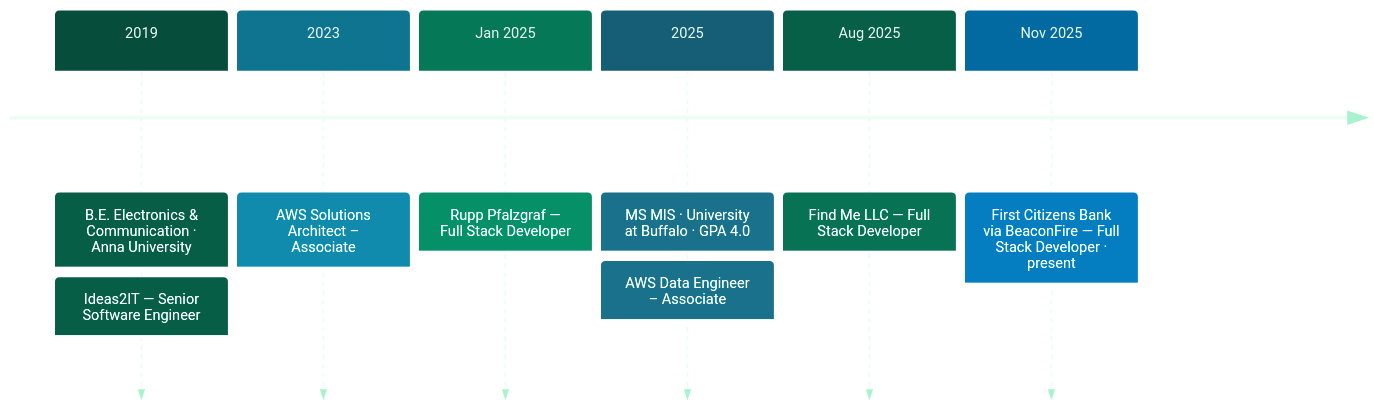
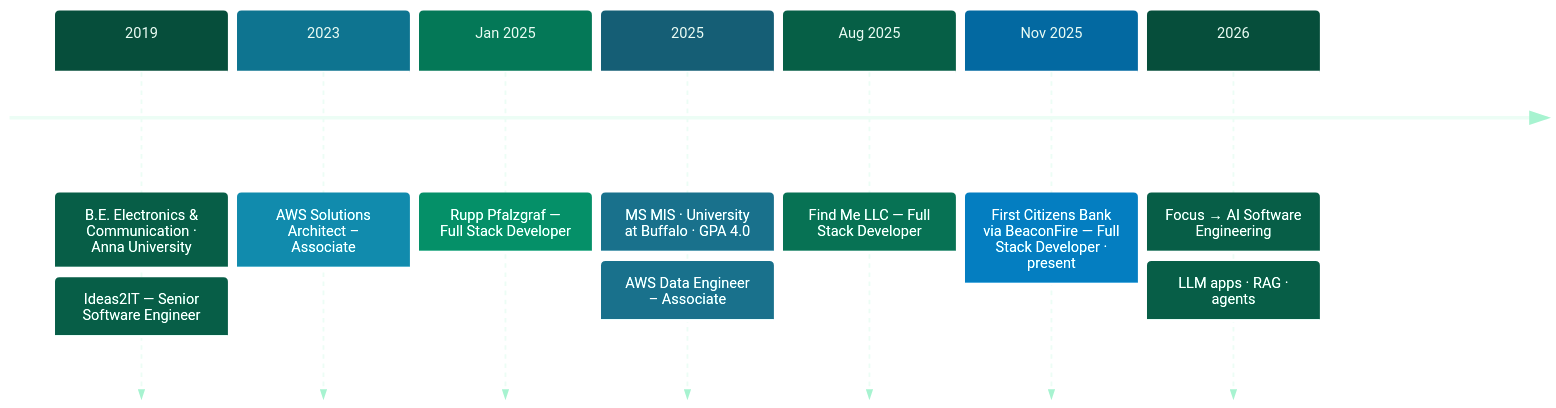
The fourth of 10 diagrams in README.md (vishnu-ing/vishnu-ing), drawn with Mermaid before and after one commit. The commit also changed other lines of this file, not shown here.

Commit message:
Position profile README for AI Software Engineer roles

````diff
--- a/README.md
+++ b/README.md
@@ -149,10 +176,11 @@
 ```mermaid
 %%{init: {"theme":"base","themeVariables":{"darkMode":true,"background":"#0F172A","git0":"#10B981","gitBranchLabel0":"#0F172A","primaryColor":"#111827","primaryBorderColor":"#10B981","primaryTextColor":"#E2E8F0","secondaryColor":"#064E3B","secondaryBorderColor":"#34D399","secondaryTextColor":"#ECFDF5","tertiaryColor":"#0B1220","tertiaryBorderColor":"#06B6D4","tertiaryTextColor":"#E2E8F0","mainBkg":"#111827","nodeBorder":"#10B981","clusterBkg":"#0B1220","clusterBorder":"#1E293B","lineColor":"#06B6D4","textColor":"#A7F3D0","edgeLabelBackground":"#0F172A","actorBkg":"#111827","actorBorder":"#10B981","actorTextColor":"#E2E8F0","actorLineColor":"#334155","signalColor":"#06B6D4","signalTextColor":"#A7F3D0","labelBoxBkgColor":"#111827","labelBoxBorderColor":"#10B981","labelTextColor":"#E2E8F0","loopTextColor":"#A7F3D0","noteBkgColor":"#064E3B","noteBorderColor":"#34D399","noteTextColor":"#ECFDF5","activationBkgColor":"#047857","activationBorderColor":"#34D399","sequenceNumberColor":"#0F172A","cScale0":"#064E3B","cScaleLabel0":"#ECFDF5","cScalePeer0":"#34D399","cScale1":"#0E7490","cScaleLabel1":"#ECFDF5","cScalePeer1":"#34D399","cScale2":"#047857","cScaleLabel2":"#ECFDF5","cScalePeer2":"#34D399","cScale3":"#155E75","cScaleLabel3":"#ECFDF5","cScalePeer3":"#34D399","cScale4":"#065F46","cScaleLabel4":"#ECFDF5","cScalePeer4":"#34D399","cScale5":"#0369A1","cScaleLabel5":"#ECFDF5","cScalePeer5":"#34D399","cScale6":"#064E3B","cScaleLabel6":"#ECFDF5","cScalePeer6":"#34D399","cScale7":"#0E7490","cScaleLabel7":"#ECFDF5","cScalePeer7":"#34D399","cScale8":"#047857","cScaleLabel8":"#ECFDF5","cScalePeer8":"#34D399","cScale9":"#155E75","cScaleLabel9":"#ECFDF5","cScalePeer9":"#34D399","cScale10":"#065F46","cScaleLabel10":"#ECFDF5","cScalePeer10":"#34D399","cScale11":"#0369A1","cScaleLabel11":"#ECFDF5","cScalePeer11":"#34D399"}}}%%
 timeline
     2019 : B.E. Electronics & Communication · Anna University : Ideas2IT — Senior Software Engineer
     2023 : AWS Solutions Architect – Associate
     Jan 2025 : Rupp Pfalzgraf — Full Stack Developer
     2025 : MS MIS · University at Buffalo · GPA 4.0 : AWS Data Engineer – Associate
     Aug 2025 : Find Me LLC — Full Stack Developer
     Nov 2025 : First Citizens Bank via BeaconFire — Full Stack Developer · present
+    2026 : Focus → AI Software Engineering : LLM apps · RAG · agents
 ```
````
